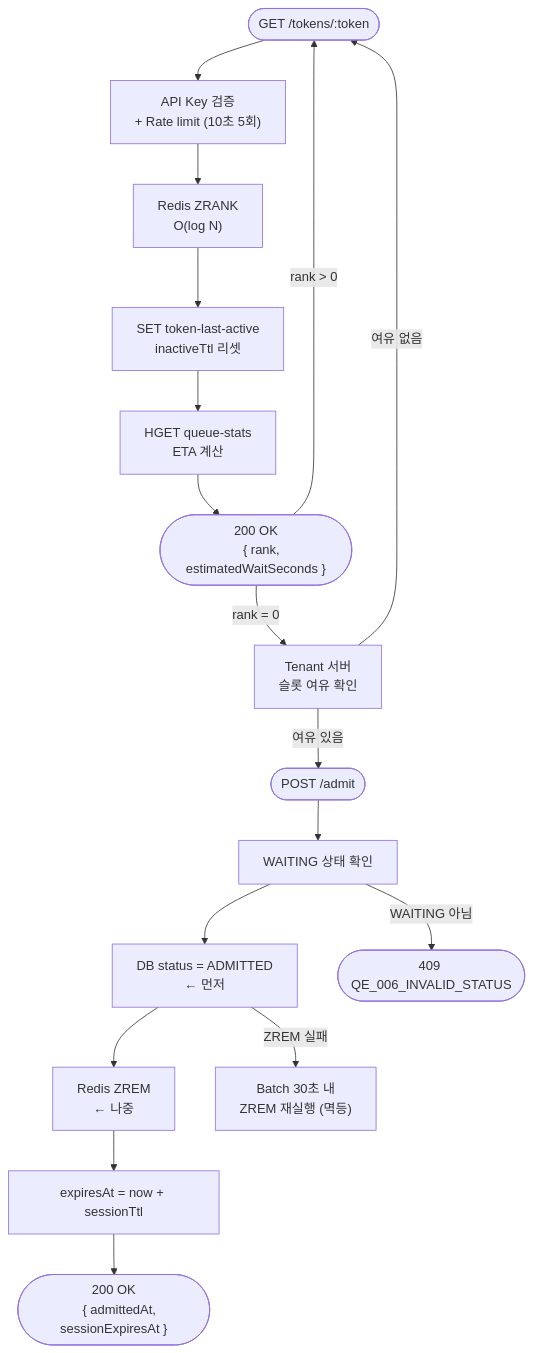
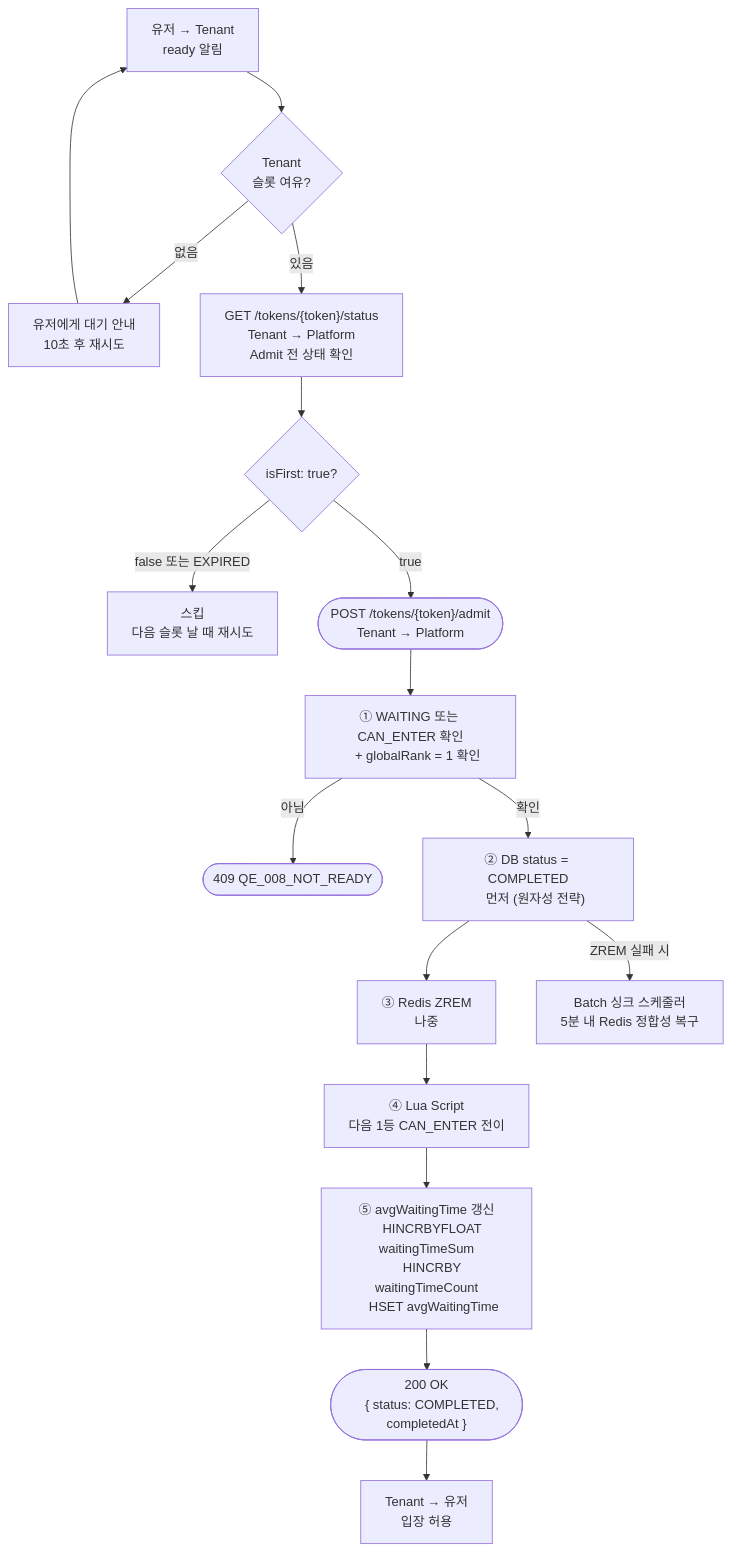
The fourth of 8 diagrams in doc/FLOW.md (S-Onix/queue-platform), drawn with Mermaid before and after one commit. The commit also changed other lines of this file and 4 other files, not shown here.

````diff
--- a/doc/FLOW.md
+++ b/doc/FLOW.md
@@ -41,34 +118,43 @@
 ```mermaid
 flowchart TD
-    POLL(["GET /tokens/:token"])
-    --> AK2["API Key 검증
-    + Rate limit (10초 5회)"]
-    --> ZRANK["Redis ZRANK
-    O(log N)"]
-    --> LA["SET token-last-active
-    inactiveTtl 리셋"]
-    --> ETA["HGET queue-stats
-    ETA 계산"]
-    --> RESP(["200 OK
-    { rank, estimatedWaitSeconds }"])
+    NOTIFY["유저 → Tenant
+    ready 알림"]
+    --> SLOT{"Tenant
+    슬롯 여유?"}
 
-    RESP -->|"rank > 0"| POLL
-    RESP -->|"rank = 0"| TS["Tenant 서버
-    슬롯 여유 확인"]
-    TS -->|"여유 없음"| POLL
-    TS -->|"여유 있음"| ADM
+    SLOT -->|"없음"| WAIT["유저에게 대기 안내
+    10초 후 재시도"]
+    WAIT --> NOTIFY
 
-    ADM(["POST /admit"])
-    --> CHK["WAITING 상태 확인"]
-    --> DBU["DB status = ADMITTED
-    ← 먼저"]
-    --> ZRM["Redis ZREM
-    ← 나중"]
-    --> SES["expiresAt = now + sessionTtl"]
+    SLOT -->|"있음"| STATUS["GET /tokens/{token}/status
+    Tenant → Platform
+    Admit 전 상태 확인"]
+
+    STATUS --> CHECK{"isFirst: true?"}
+    CHECK -->|"false 또는 EXPIRED"| SKIP["스킵
+    다음 슬롯 날 때 재시도"]
+    CHECK -->|"true"| ADMIT
+
+    ADMIT(["POST /tokens/{token}/admit
+    Tenant → Platform"])
+    --> V1["① WAITING 또는 CAN_ENTER 확인
+    + globalRank = 1 확인"]
+    V1 -->|"아님"| E409(["409 QE_008_NOT_READY"])
+    V1 -->|"확인"| DB["② DB status = COMPLETED
+    먼저 (원자성 전략)"]
+    --> ZREM["③ Redis ZREM
+    나중"]
+    --> CE["④ Lua Script
+    다음 1등 CAN_ENTER 전이"]
+    --> ETA_UPDATE["⑤ avgWaitingTime 갱신
+    HINCRBYFLOAT waitingTimeSum
+    HINCRBY waitingTimeCount
+    HSET avgWaitingTime"]
     --> AOK(["200 OK
-    { admittedAt, sessionExpiresAt }"])
+    { status: COMPLETED, completedAt }"])
+    --> ALLOW["Tenant → 유저
+    입장 허용"]
 
-    CHK -->|"WAITING 아님"| E409(["409 QE_006_INVALID_STATUS"])
-    DBU -->|"ZREM 실패"| FIX["Batch 30초 내
-    ZREM 재실행 (멱등)"]
+    DB -->|"ZREM 실패 시"| FIX["Batch 싱크 스케줄러
+    5분 내 Redis 정합성 복구"]
 ```
````
